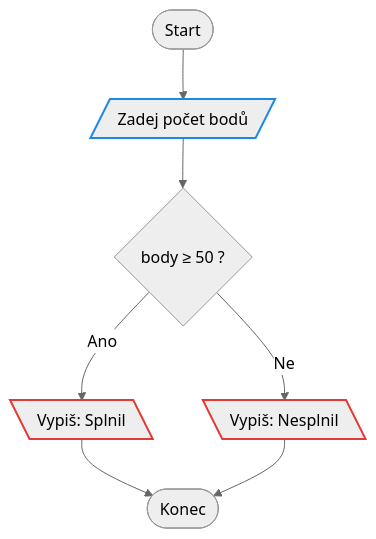
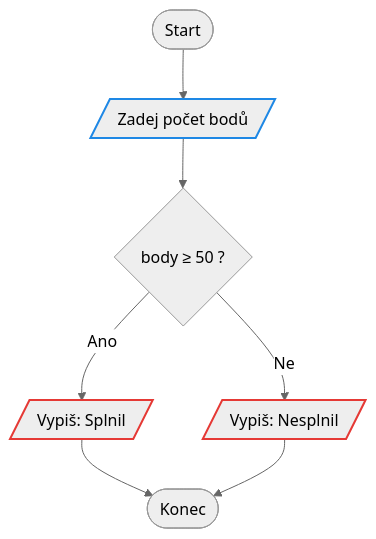
The fourth of 15 diagrams in 3Hodina/reseni.md (zeman-delta/Prvaci2026), drawn with Mermaid (neutral theme) before and after one commit. The commit also changed other lines of this file and 1 other file, not shown here.

````diff
--- a/3Hodina/reseni.md
+++ b/3Hodina/reseni.md
@@ -100,14 +100,14 @@
 ```mermaid
 flowchart TD
     S([Start]) --> V[/"Zadej počet bodů"/]
     V --> D{"body ≥ 50 ?"}
-    D -->|Ano| O1[\"Vypiš: Splnil"\]
-    D -->|Ne| O2[\"Vypiš: Nesplnil"\]
+    D -->|Ano| O1[/"Vypiš: Splnil"/]
+    D -->|Ne| O2[/"Vypiš: Nesplnil"/]
     O1 --> K([Konec])
     O2 --> K
 
     classDef vstup stroke:#1e88e5,stroke-width:2px
     classDef vystup stroke:#e53935,stroke-width:2px
     class V vstup
     class O1,O2 vystup
 ```
````
